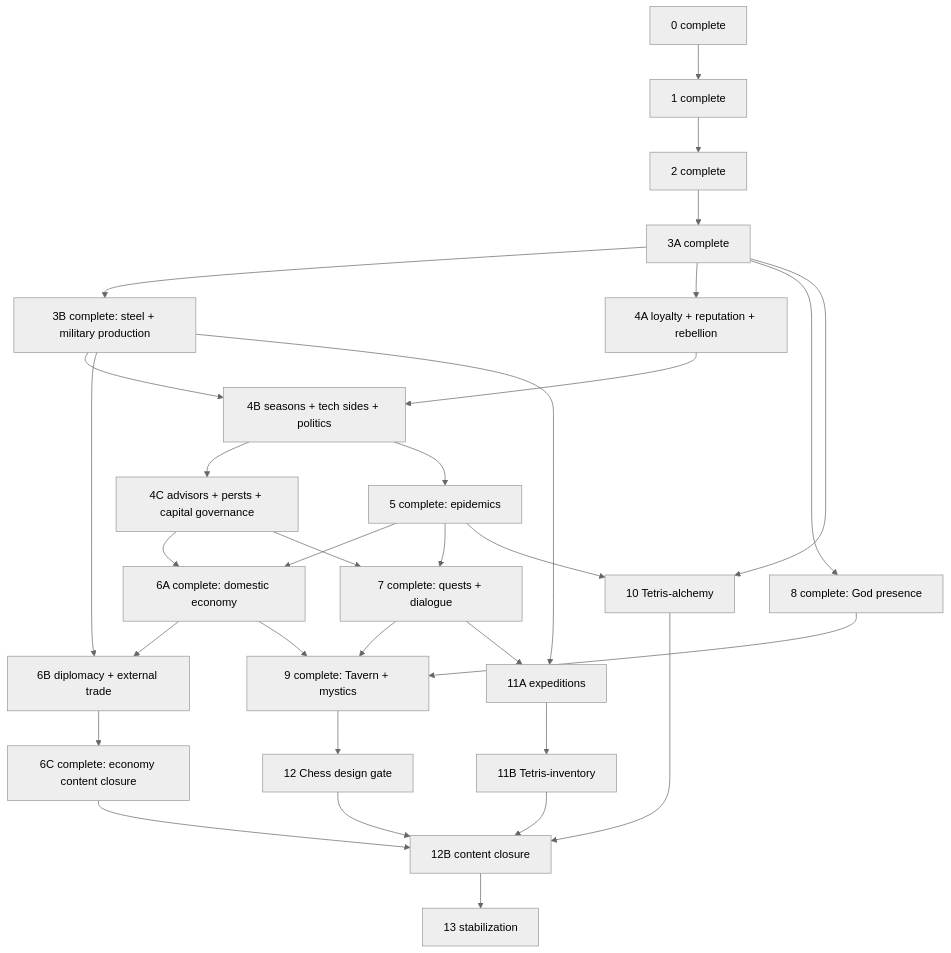
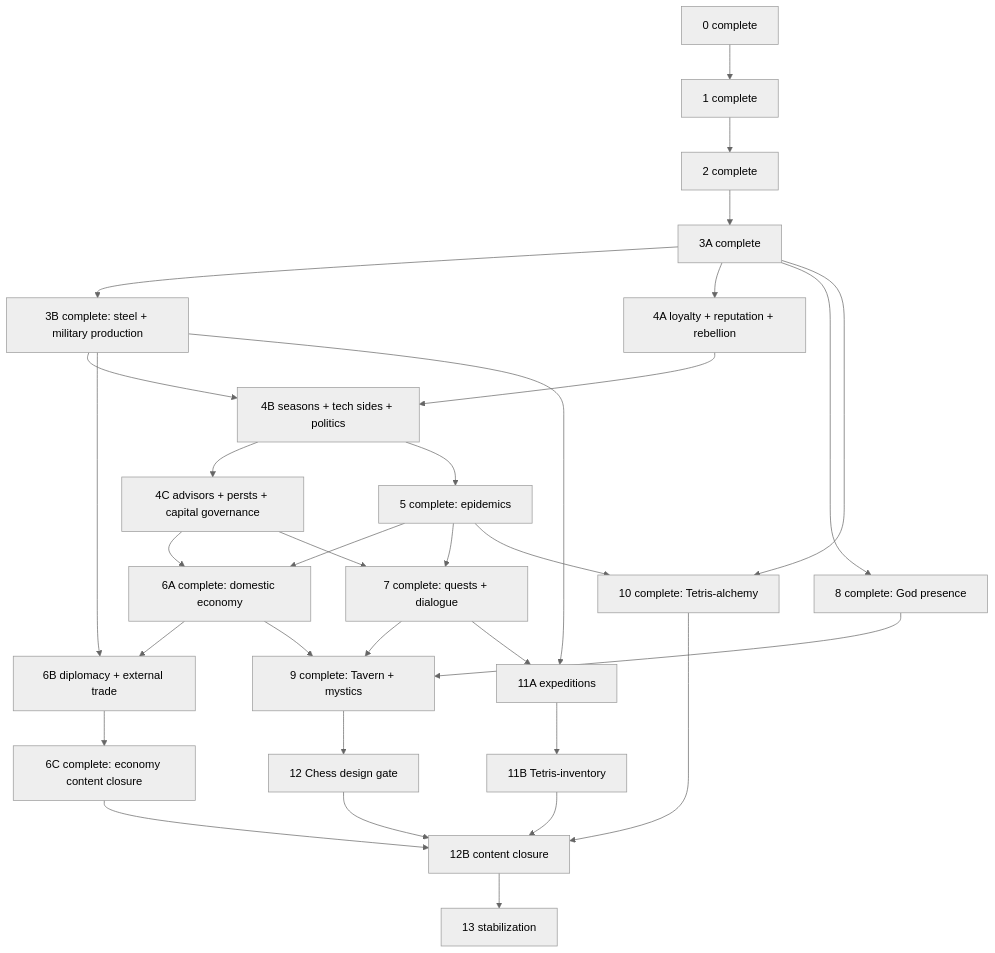
Before and after one commit to akulihin/King-of-the-Garbage-Hill: the diagram in plans/empires-endgame/README.md, drawn with Mermaid (neutral theme). The commit also changed other lines of this file and 44 other files, not shown here.

````diff
--- a/plans/empires-endgame/README.md
+++ b/plans/empires-endgame/README.md
@@ -95,34 +100,34 @@
 ```mermaid
 graph TD
   P0[0 complete] --> P1[1 complete]
   P1 --> P2[2 complete]
   P2 --> P3A[3A complete]
   P3A --> P3B[3B complete: steel + military production]
   P3A --> P4A[4A loyalty + reputation + rebellion]
   P3B --> P4B[4B seasons + tech sides + politics]
   P4A --> P4B
   P4B --> P4C[4C advisors + persts + capital governance]
   P4B --> P5[5 complete: epidemics]
   P4C --> P6A[6A complete: domestic economy]
   P5 --> P6A
   P3B --> P6B[6B diplomacy + external trade]
   P6A --> P6B
   P6B --> P6C[6C complete: economy content closure]
   P5 --> P7[7 complete: quests + dialogue]
   P4C --> P7
   P3A --> P8[8 complete: God presence]
   P6A --> P9[9 complete: Tavern + mystics]
   P7 --> P9
   P8 --> P9
-  P3A --> P10[10 Tetris-alchemy]
+  P3A --> P10[10 complete: Tetris-alchemy]
   P5 --> P10
   P3B --> P11A[11A expeditions]
   P7 --> P11A
   P11A --> P11B[11B Tetris-inventory]
   P9 --> P12[12 Chess design gate]
   P6C --> P12B[12B content closure]
   P10 --> P12B
   P11B --> P12B
   P12 --> P12B
   P12B --> P13[13 stabilization]
 ```
````
